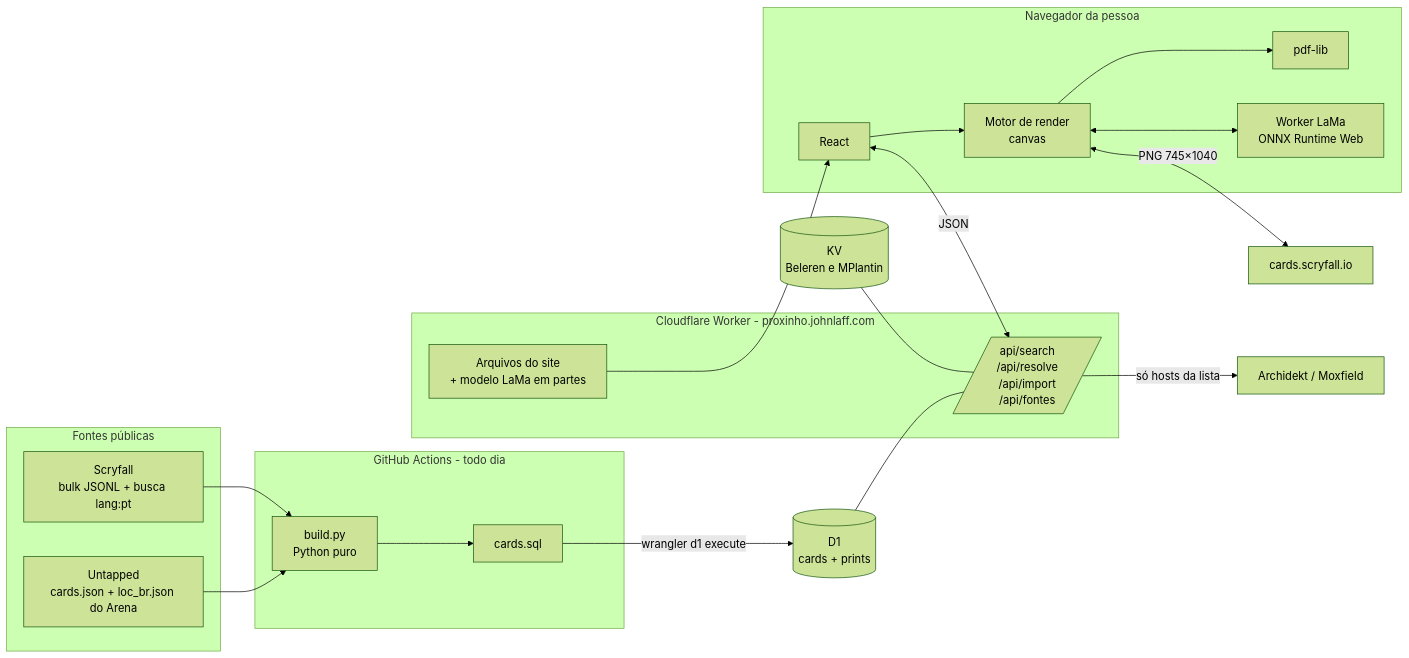
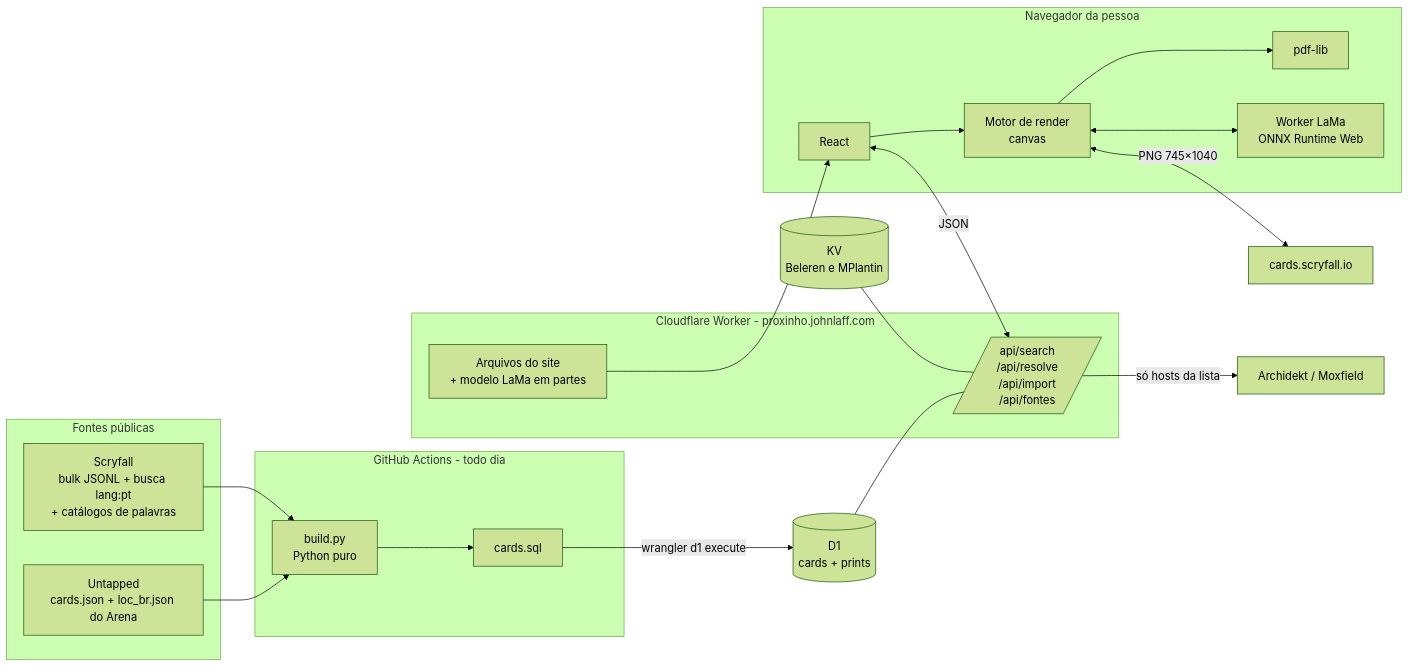
The diagram in docs/arquitetura.md (johnlaff/Proxinho), drawn with Mermaid (forest theme) before and after one commit. The commit also changed other lines of this file and 39 other files, not shown here.

````diff
--- a/docs/arquitetura.md
+++ b/docs/arquitetura.md
@@ -5,28 +5,28 @@
 ```mermaid
 flowchart LR
   subgraph Fontes públicas
-    S[Scryfall<br/>bulk JSONL + busca lang:pt]
+    S[Scryfall<br/>bulk JSONL + busca lang:pt<br/>+ catálogos de palavras]
     U[Untapped<br/>cards.json + loc_br.json do Arena]
   end
   subgraph GitHub Actions - todo dia
     P[build.py<br/>Python puro] --> SQL[cards.sql]
   end
   S --> P
   U --> P
   SQL -->|wrangler d1 execute| D1[(D1<br/>cards + prints)]
   subgraph Cloudflare Worker - proxinho.johnlaff.com
     A[/api/search<br/>/api/resolve<br/>/api/import<br/>/api/fontes/]
     ST[Arquivos do site<br/>+ modelo LaMa em partes]
   end
   D1 --- A
   KV[(KV<br/>Beleren e MPlantin)] --- A
   subgraph Navegador da pessoa
     UI[React] --> E[Motor de render<br/>canvas]
     E --> PDF[pdf-lib]
     E <--> LW[Worker LaMa<br/>ONNX Runtime Web]
   end
   UI <-->|JSON| A
   ST --> UI
   E <-->|PNG 745×1040| CDN[cards.scryfall.io]
   A -->|só hosts da lista| AR[Archidekt / Moxfield]
 ```
````
